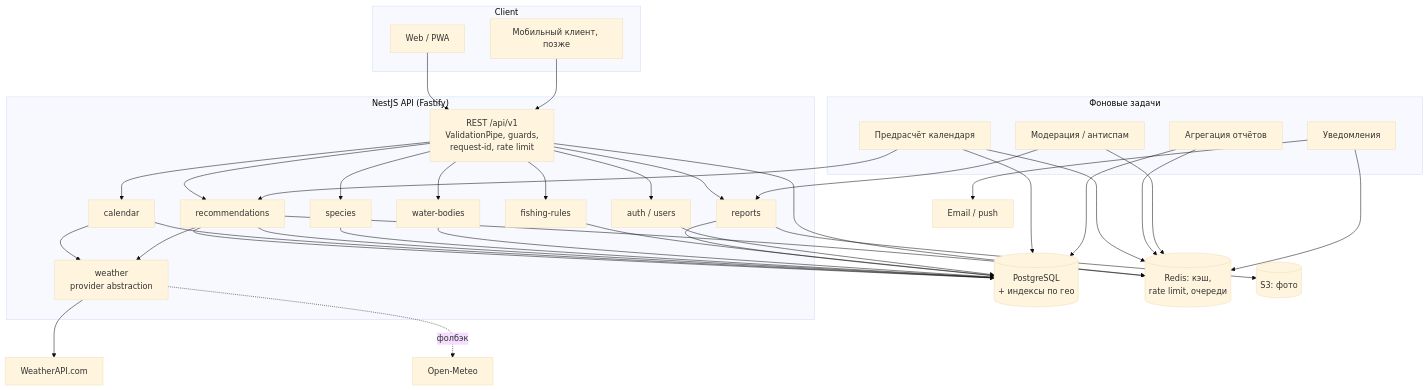
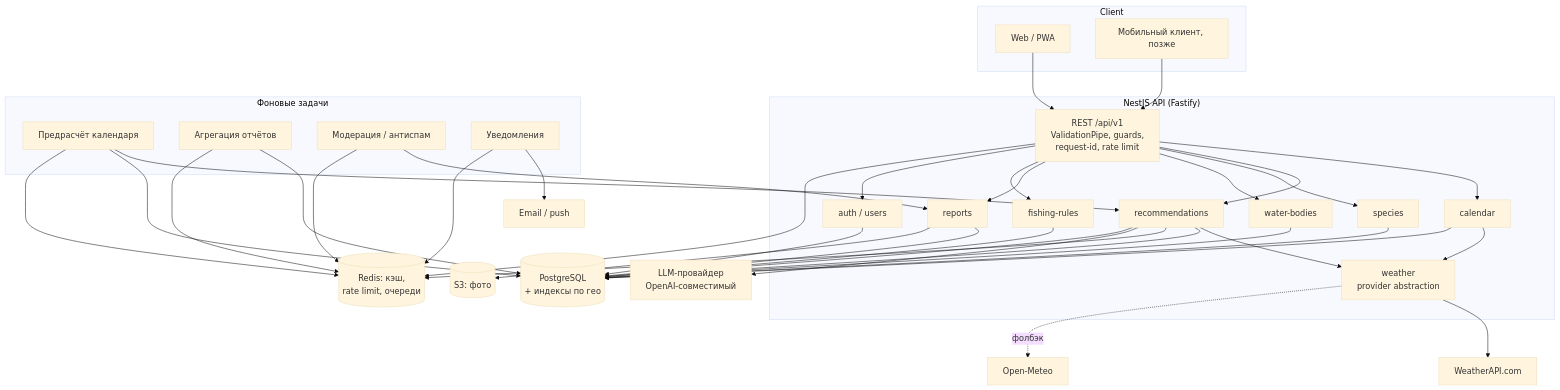
One commit to Papa-Pedro-13/fishing-calendar changed the diagram in docs/07-target-architecture.md. Above: the diagram before and after it, drawn with Mermaid (base theme). The commit also changed other lines of this file and 9 other files, not shown here.

````diff
--- a/docs/07-target-architecture.md
+++ b/docs/07-target-architecture.md
@@ -9,49 +9,50 @@
 ```mermaid
 flowchart TB
     subgraph Client
       WEB[Web / PWA]
       MOB[Мобильный клиент, позже]
     end
 
     subgraph API["NestJS API (Fastify)"]
       GW[REST /api/v1<br/>ValidationPipe, guards,<br/>request-id, rate limit]
       CAL[calendar]
       REC[recommendations]
       SPEC[species]
       WB[water-bodies]
       REP[reports]
       RULES[fishing-rules]
       WX[weather<br/>provider abstraction]
       AUTH[auth / users]
     end
 
     subgraph Workers["Фоновые задачи"]
       PRECOMP[Предрасчёт календаря]
       AGG[Агрегация отчётов]
       MOD[Модерация / антиспам]
       NOTIFY[Уведомления]
     end
 
     PG[(PostgreSQL<br/>+ индексы по гео)]
     REDIS[(Redis: кэш,<br/>rate limit, очереди)]
     S3[(S3: фото)]
     WAPI[WeatherAPI.com]
     OM[Open-Meteo]
+    LLM[LLM-провайдер<br/>OpenAI-совместимый]
     MAIL[Email / push]
 
     WEB --> GW
     MOB --> GW
     GW --> CAL & REC & SPEC & WB & REP & RULES & AUTH
     CAL --> WX
-    REC --> WX & PG & REDIS
+    REC --> WX & PG & REDIS & LLM
     WX --> WAPI
     WX -. фолбэк .-> OM
     CAL & REC & SPEC & WB & REP & RULES & AUTH --> PG
     GW --> REDIS
     REP --> S3
     PRECOMP --> REC & PG
     AGG --> PG
     MOD --> REP
     NOTIFY --> MAIL
     PRECOMP & AGG & MOD & NOTIFY --> REDIS
 ```
````
